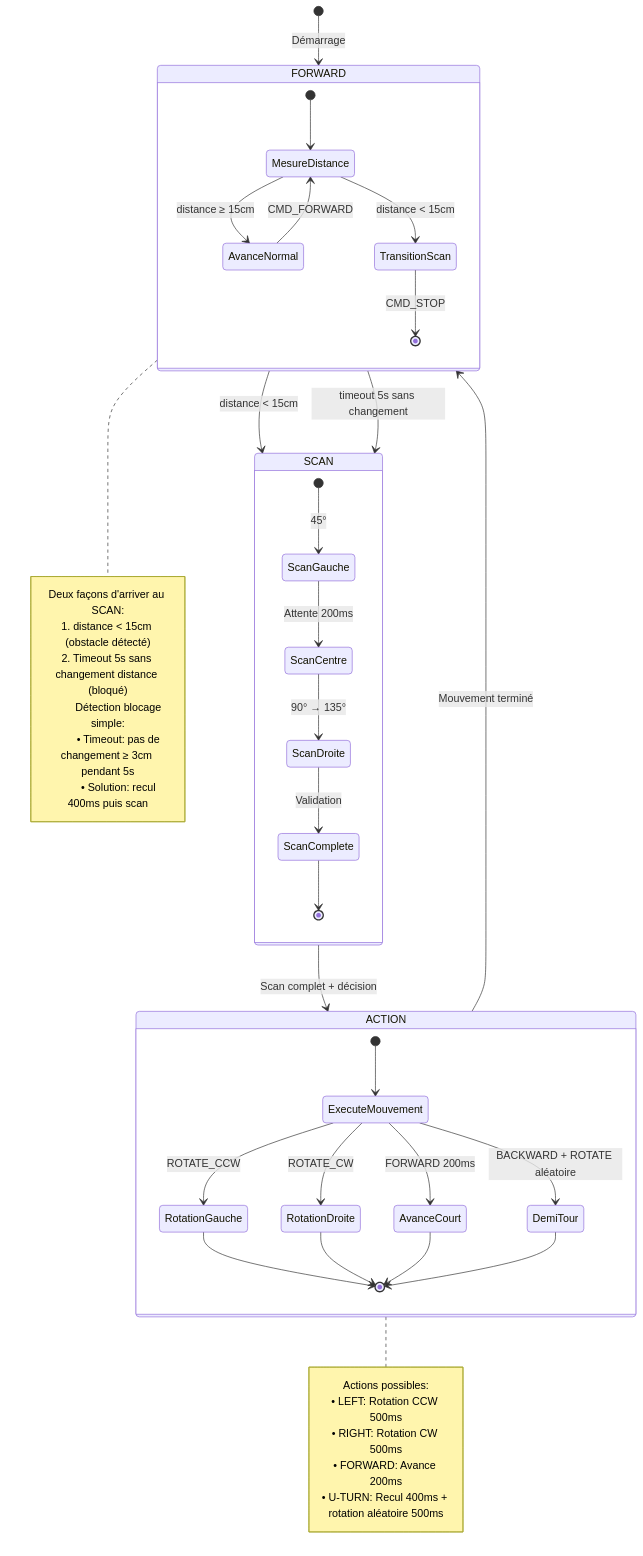
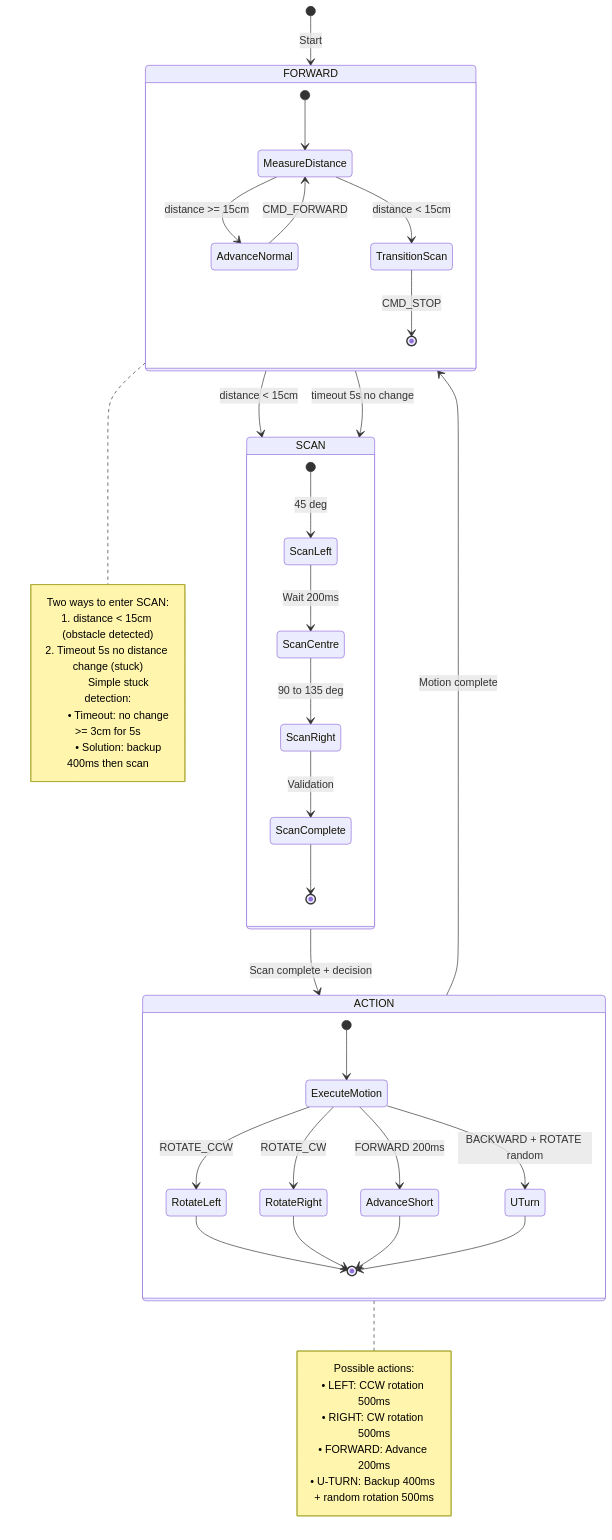
One commit to Yaniv23/final-project-gesture-car changed diagram 14 of 17 in docs/architecture.md. Above: the diagram before and after it, drawn with Mermaid. The commit also changed other lines of this file and 16 other files, not shown here.

````diff
--- a/docs/architecture.md
+++ b/docs/architecture.md
@@ -783,57 +766,57 @@
 ```mermaid
 stateDiagram-v2
-    [*] --> FORWARD: Démarrage
+    [*] --> FORWARD: Start
     
     state FORWARD {
-        [*] --> MesureDistance
-        MesureDistance --> AvanceNormal: distance ≥ 15cm
-        MesureDistance --> TransitionScan: distance < 15cm
-        AvanceNormal --> MesureDistance: CMD_FORWARD
+        [*] --> MeasureDistance
+        MeasureDistance --> AdvanceNormal: distance >= 15cm
+        MeasureDistance --> TransitionScan: distance < 15cm
+        AdvanceNormal --> MeasureDistance: CMD_FORWARD
         TransitionScan --> [*]: CMD_STOP
     }
     
     FORWARD --> SCAN: distance < 15cm
-    FORWARD --> SCAN: timeout 5s sans changement
+    FORWARD --> SCAN: timeout 5s no change
     
     state SCAN {
-        [*] --> ScanGauche: 45°
-        ScanGauche --> ScanCentre: Attente 200ms
-        ScanCentre --> ScanDroite: 90° → 135°
-        ScanDroite --> ScanComplete: Validation
+        [*] --> ScanLeft: 45 deg
+        ScanLeft --> ScanCentre: Wait 200ms
+        ScanCentre --> ScanRight: 90 to 135 deg
+        ScanRight --> ScanComplete: Validation
         ScanComplete --> [*]
     }
     
-    SCAN --> ACTION: Scan complet + décision
+    SCAN --> ACTION: Scan complete + decision
     
     state ACTION {
-        [*] --> ExecuteMouvement
-        ExecuteMouvement --> RotationGauche: ROTATE_CCW
-        ExecuteMouvement --> RotationDroite: ROTATE_CW
-        ExecuteMouvement --> AvanceCourt: FORWARD 200ms
-        ExecuteMouvement --> DemiTour: BACKWARD + ROTATE aléatoire
-        RotationGauche --> [*]
-        RotationDroite --> [*]
-        AvanceCourt --> [*]
-        DemiTour --> [*]
+        [*] --> ExecuteMotion
+        ExecuteMotion --> RotateLeft: ROTATE_CCW
+        ExecuteMotion --> RotateRight: ROTATE_CW
+        ExecuteMotion --> AdvanceShort: FORWARD 200ms
+        ExecuteMotion --> UTurn: BACKWARD + ROTATE random
+        RotateLeft --> [*]
+        RotateRight --> [*]
+        AdvanceShort --> [*]
+        UTurn --> [*]
     }
     
-    ACTION --> FORWARD: Mouvement terminé
+    ACTION --> FORWARD: Motion complete
     
     note right of FORWARD
-        Deux façons d'arriver au SCAN:
-        1. distance < 15cm (obstacle détecté)
-        2. Timeout 5s sans changement distance (bloqué)
+        Two ways to enter SCAN:
+        1. distance < 15cm (obstacle detected)
+        2. Timeout 5s no distance change (stuck)
         
-        Détection blocage simple:
-        • Timeout: pas de changement ≥ 3cm pendant 5s
-        • Solution: recul 400ms puis scan
+        Simple stuck detection:
+        • Timeout: no change >= 3cm for 5s
+        • Solution: backup 400ms then scan
     end note
     
     note right of ACTION
-        Actions possibles:
-        • LEFT: Rotation CCW 500ms
-        • RIGHT: Rotation CW 500ms
-        • FORWARD: Avance 200ms
-        • U-TURN: Recul 400ms + rotation aléatoire 500ms
+        Possible actions:
+        • LEFT: CCW rotation 500ms
+        • RIGHT: CW rotation 500ms
+        • FORWARD: Advance 200ms
+        • U-TURN: Backup 400ms + random rotation 500ms
     end note
 ```
````
